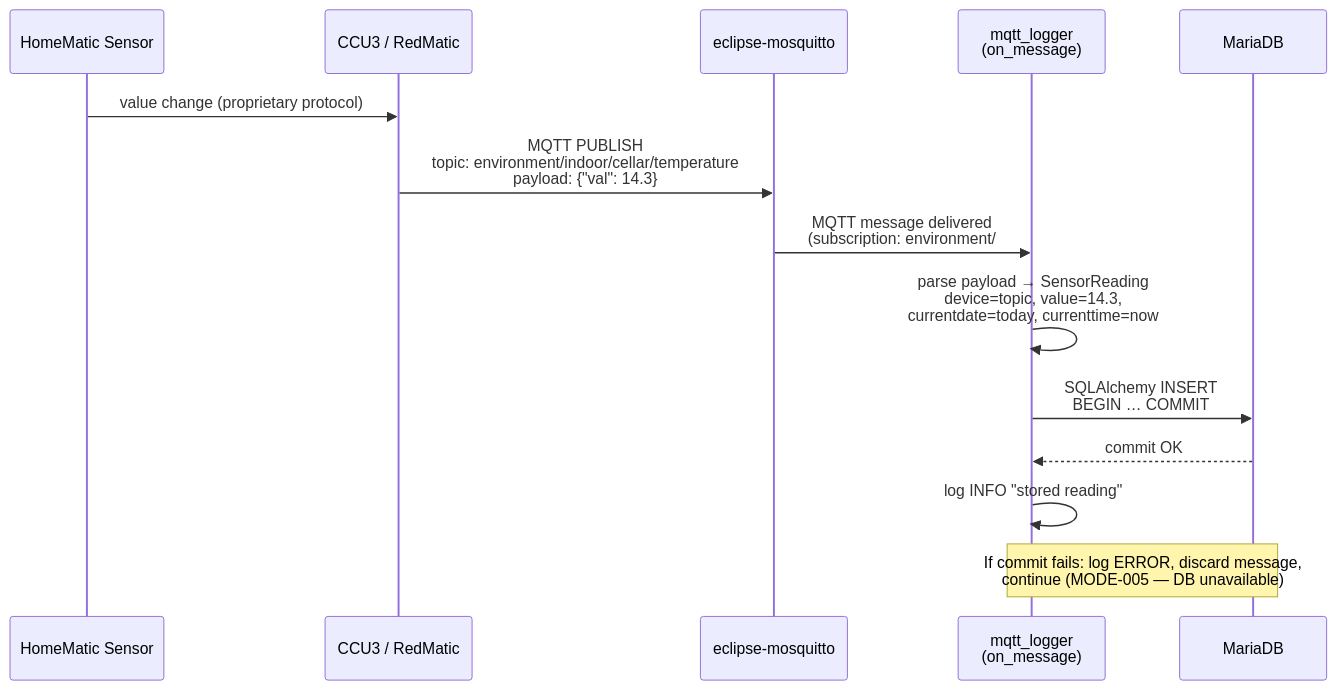
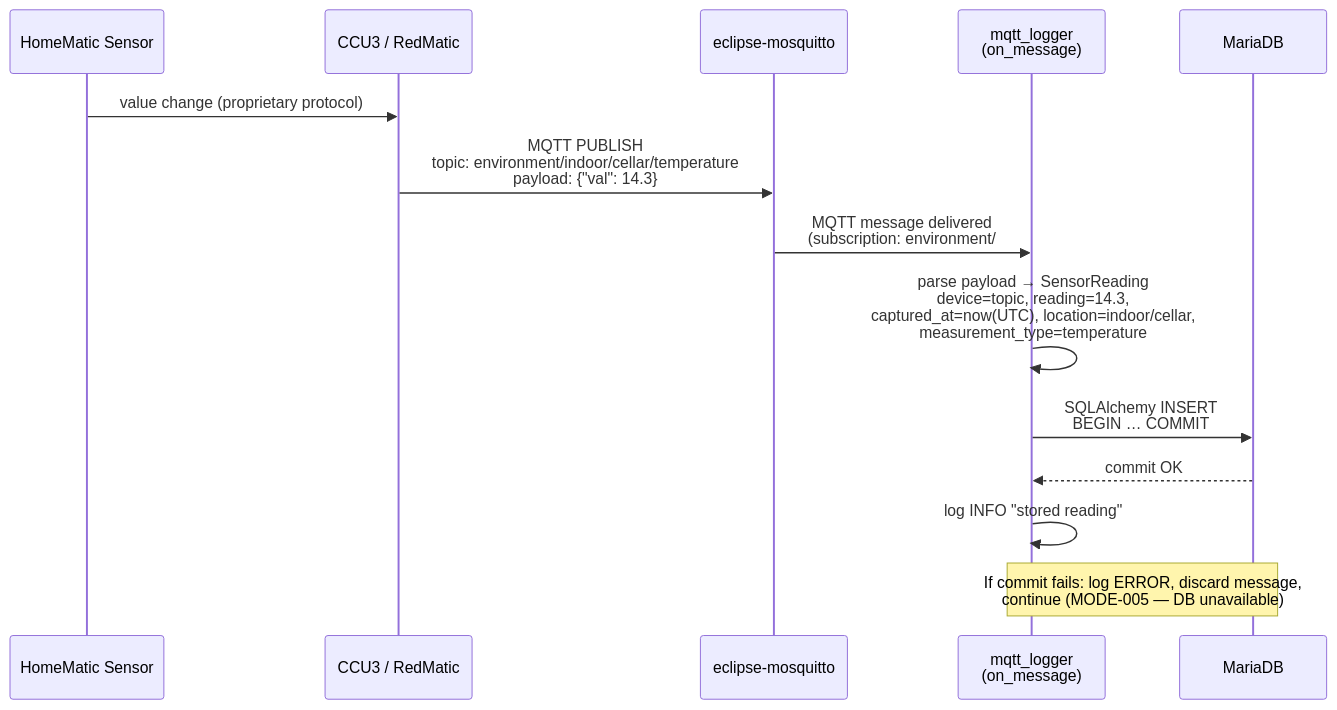
The first of 6 diagrams in specs/system/05-architecture/views/functional-flow.md (konchris/mqttlogger), drawn with Mermaid before and after one commit. The commit also changed other lines of this file and 23 other files, not shown here.

````diff
--- a/specs/system/05-architecture/views/functional-flow.md
+++ b/specs/system/05-architecture/views/functional-flow.md
@@ -14,17 +15,17 @@
 ```mermaid
 sequenceDiagram
     participant Sensor as HomeMatic Sensor
     participant CCU3 as CCU3 / RedMatic
     participant Broker as eclipse-mosquitto
     participant Logger as mqtt_logger<br/>(on_message)
     participant DB as MariaDB
 
     Sensor->>CCU3: value change (proprietary protocol)
     CCU3->>Broker: MQTT PUBLISH<br/>topic: environment/indoor/cellar/temperature<br/>payload: {"val": 14.3}
     Broker->>Logger: MQTT message delivered<br/>(subscription: environment/#)
-    Logger->>Logger: parse payload → SensorReading<br/>device=topic, value=14.3,<br/>currentdate=today, currenttime=now
+    Logger->>Logger: parse payload → SensorReading<br/>device=topic, reading=14.3,<br/>captured_at=now(UTC), location=indoor/cellar,<br/>measurement_type=temperature
     Logger->>DB: SQLAlchemy INSERT<br/>BEGIN … COMMIT
     DB-->>Logger: commit OK
     Logger->>Logger: log INFO "stored reading"
     Note over Logger,DB: If commit fails: log ERROR, discard message,<br/>continue (MODE-005 — DB unavailable)
 ```
````
